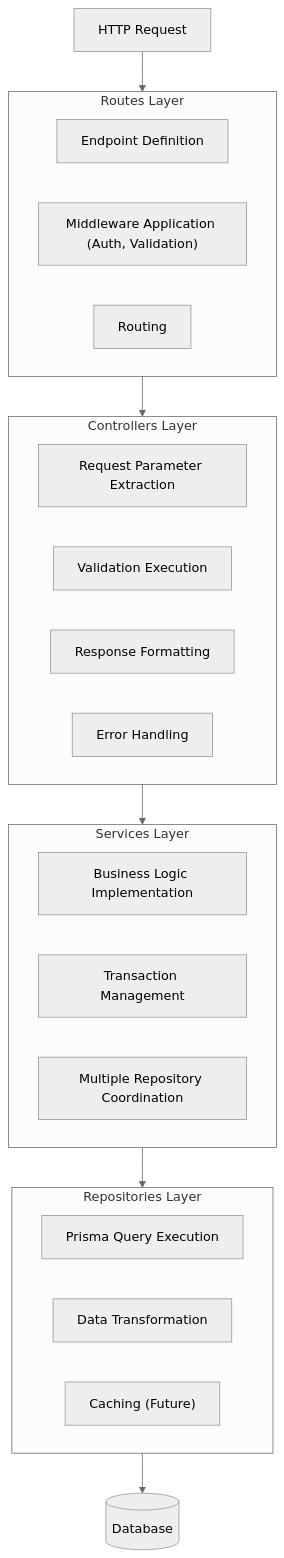
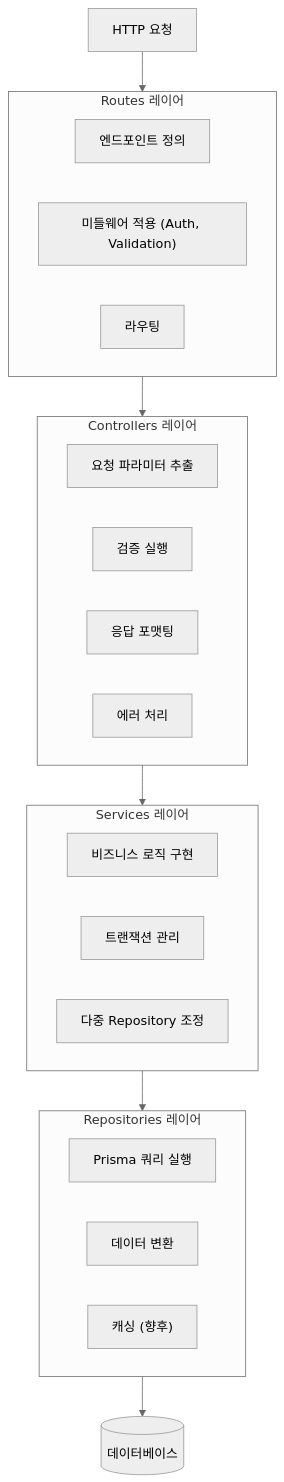
Before and after one commit to serithemage/claude-code-demo: the second of 6 diagrams in docs/Architecture.md, drawn with Mermaid (neutral theme). The commit also changed other lines of this file and 61 other files, not shown here.

````diff
--- a/docs/Architecture.md
+++ b/docs/Architecture.md
@@ -53,33 +53,33 @@
 ```mermaid
 flowchart TB
-    Request[HTTP Request]
+    Request[HTTP 요청]
 
-    subgraph Routes["Routes Layer"]
-        R1["Endpoint Definition"]
-        R2["Middleware Application (Auth, Validation)"]
-        R3["Routing"]
+    subgraph Routes["Routes 레이어"]
+        R1["엔드포인트 정의"]
+        R2["미들웨어 적용 (Auth, Validation)"]
+        R3["라우팅"]
     end
 
-    subgraph Controllers["Controllers Layer"]
-        C1["Request Parameter Extraction"]
-        C2["Validation Execution"]
-        C3["Response Formatting"]
-        C4["Error Handling"]
+    subgraph Controllers["Controllers 레이어"]
+        C1["요청 파라미터 추출"]
+        C2["검증 실행"]
+        C3["응답 포맷팅"]
+        C4["에러 처리"]
     end
 
-    subgraph Services["Services Layer"]
-        S1["Business Logic Implementation"]
-        S2["Transaction Management"]
-        S3["Multiple Repository Coordination"]
+    subgraph Services["Services 레이어"]
+        S1["비즈니스 로직 구현"]
+        S2["트랜잭션 관리"]
+        S3["다중 Repository 조정"]
     end
 
-    subgraph Repositories["Repositories Layer"]
-        Repo1["Prisma Query Execution"]
-        Repo2["Data Transformation"]
-        Repo3["Caching (Future)"]
+    subgraph Repositories["Repositories 레이어"]
+        Repo1["Prisma 쿼리 실행"]
+        Repo2["데이터 변환"]
+        Repo3["캐싱 (향후)"]
     end
 
-    DB[(Database)]
+    DB[(데이터베이스)]
 
     Request --> Routes --> Controllers --> Services --> Repositories --> DB
 ```
````
